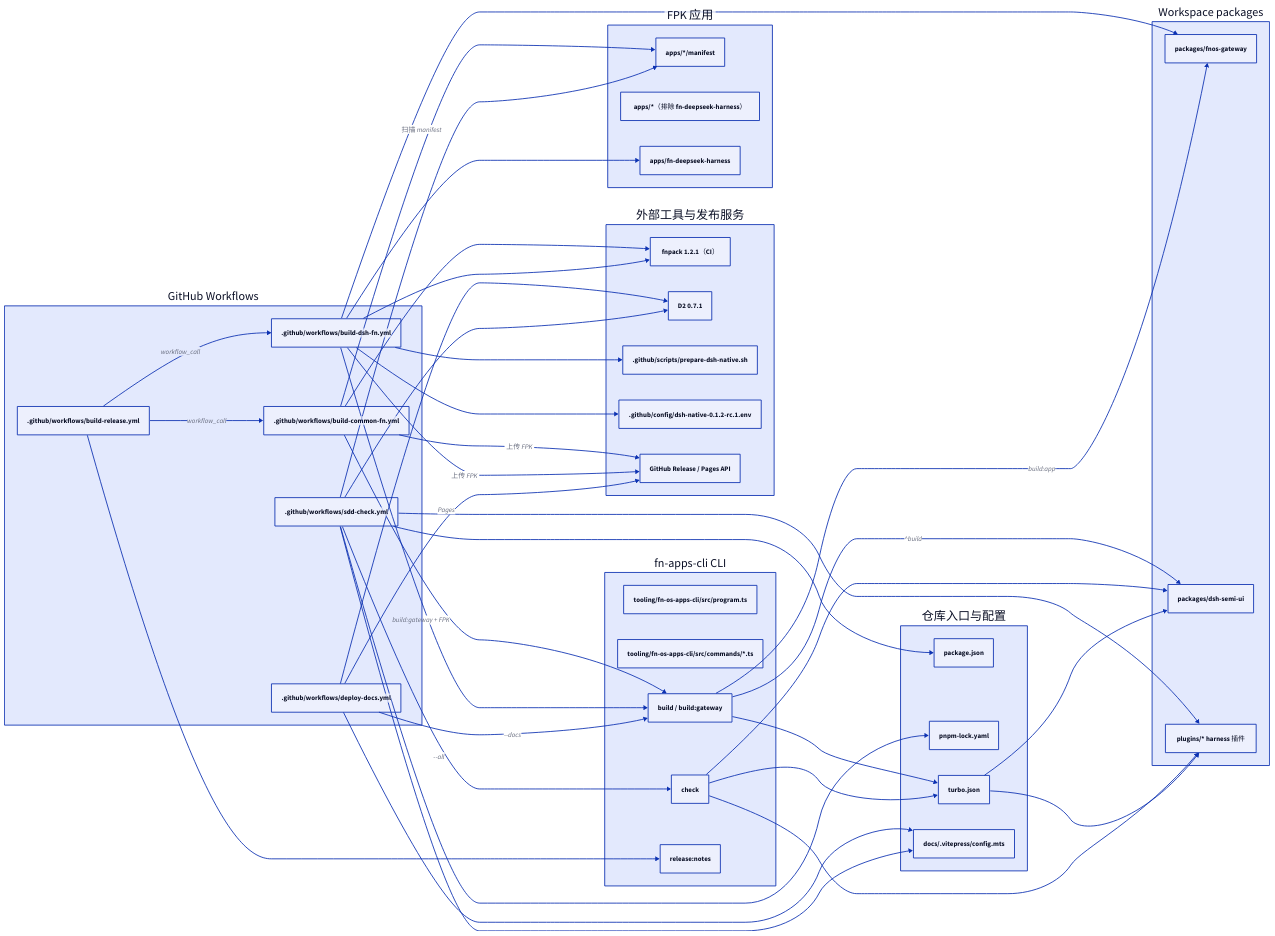
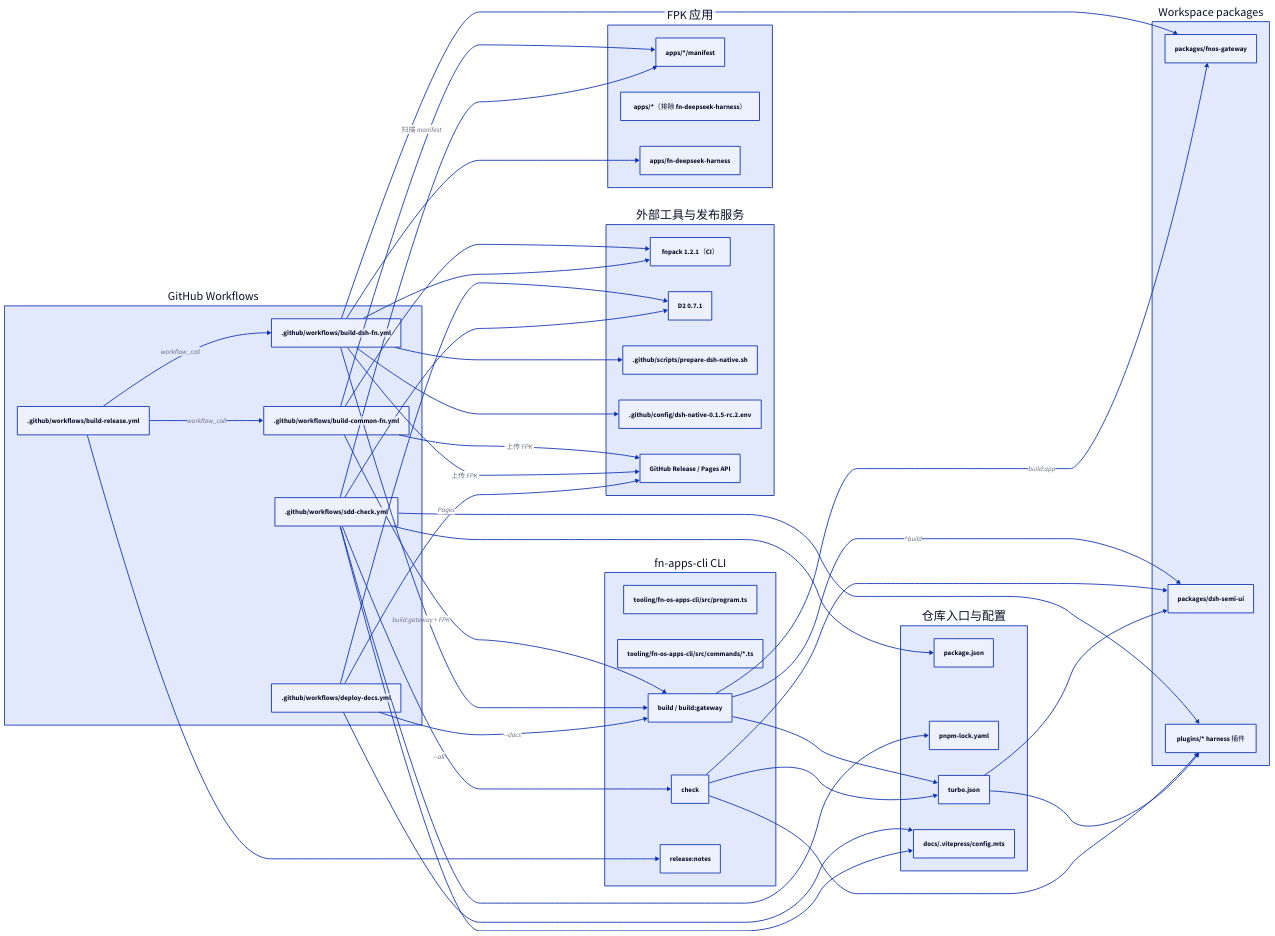
Before and after one commit to tnnevol/fn-os-apps: the fifth of 5 diagrams in docs/development/github-workflows.md, drawn with D2. The commit also changed other lines of this file and 9 other files, not shown here.

```diff
--- a/docs/development/github-workflows.md
+++ b/docs/development/github-workflows.md
@@ -230,7 +230,7 @@
   fnpack: "fnpack 1.2.1（CI）"
   d2: "D2 0.7.1"
   native: ".github/scripts/prepare-dsh-native.sh"
-  nativeConfig: ".github/config/dsh-native-0.1.2-rc.1.env"
+  nativeConfig: ".github/config/dsh-native-0.1.5-rc.2.env"
   github: "GitHub Release / Pages API"
 }
 
```
